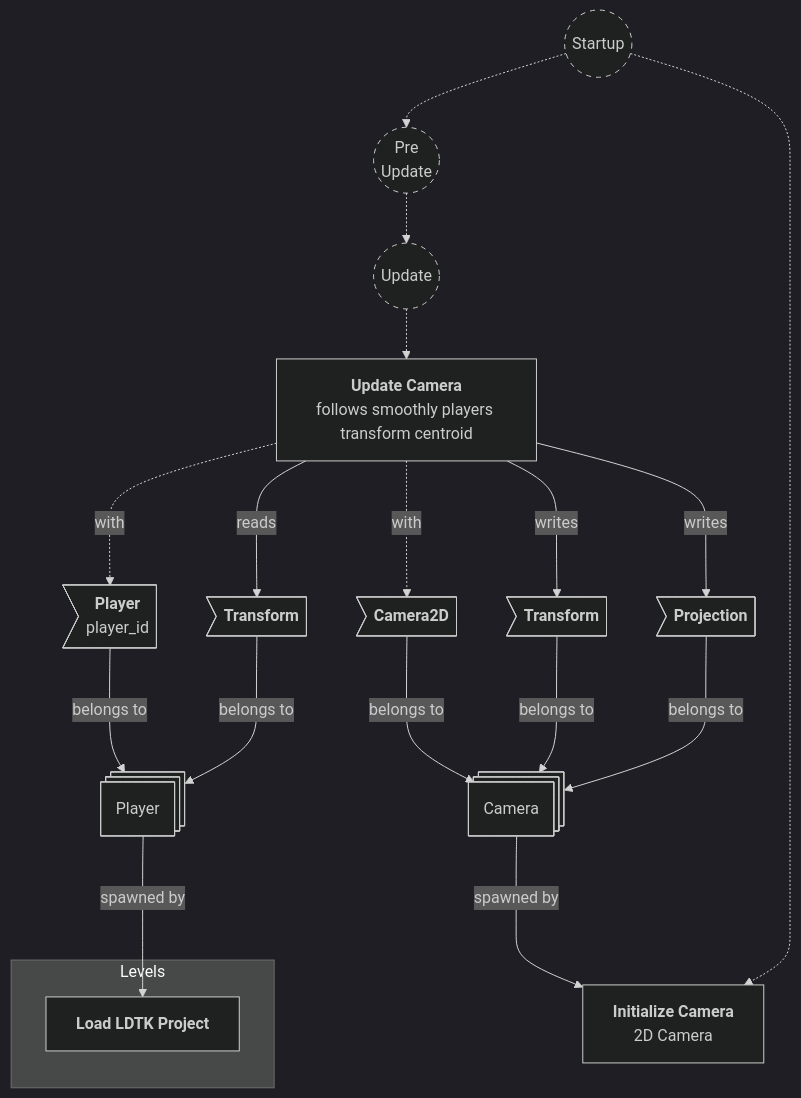
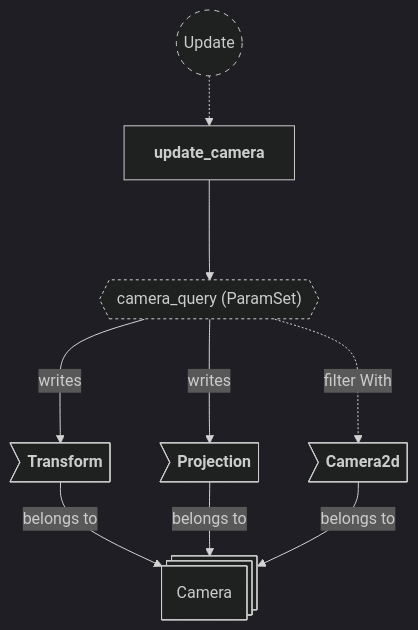
The third of 4 diagrams in backlog/docs/doc-6 - 005-Camera-plugin.md (neurosoup/tyled), drawn with Mermaid before and after one commit. The commit also changed other lines of this file and 7 other files, not shown here.

````diff
--- a/backlog/docs/doc-6 - 005-Camera-plugin.md
+++ b/backlog/docs/doc-6 - 005-Camera-plugin.md
@@ -8,49 +104,28 @@
 ```mermaid
 ---
 config:
   theme: dark
 ---
 
 flowchart TD
+classDef system-group stroke-dasharray: 5 5
+classDef query stroke-dasharray: 3 3
 
-%% dash for system groups
-classDef system-group stroke-dasharray: 5 5
+update(("`Update`")):::system-group
+update_camera["`**update_camera**`"]
 
-%%%%%%%%%%%%%%%%%%%%%%%%%%%%
-%%  Entities & Components %%
-%%%%%%%%%%%%%%%%%%%%%%%%%%%%
-
-%% Player entity
-player_entity@{ shape: st-rect, label: "Player" } 
-pe_player_component>"`**Player**<br>player_id`"] ---> |belongs to| player_entity
-pe_transform_component>"`**Transform**`"] ---> |belongs to| player_entity
-player_entity ---> |spawned by| load_ldtk_project
-
-%% Camera Entity
-camera_entity@{ shape: st-rect, label: "Camera" } 
-ce_camera2d_component>"`**Camera2D**`"] ---> |belongs to| camera_entity
-ce_transform_component>"`**Transform**`"] ---> |belongs to| camera_entity
-ce_projection_component>"`**Projection**`"] ---> |belongs to| camera_entity
-camera_entity ---> |spawned by| initialize_camera 
-
-%%%%%%%%%%%%%%%%%%%%%%%
-%%      Systems      %%
-%%%%%%%%%%%%%%%%%%%%%%%
-
-startup((Startup)):::system-group -.-> preupdate(("`Pre<br>Update`")):::system-group -.-> update(("`Update`")):::system-group
-
-initialize_camera["`**Initialize Camera**<br>2D Camera`"]
-update_camera["`**Update Camera**<br>follows smoothly players transform centroid`"]
-
-startup -.-> initialize_camera
 update -.-> update_camera
 
-update_camera ---> |writes| ce_transform_component & ce_projection_component
-update_camera -..-> |with| ce_camera2d_component
-update_camera ---> |reads| pe_transform_component
-update_camera -..-> |with| pe_player_component
+camera_query{{"`camera_query (ParamSet)`"}}:::query
+update_camera ---> camera_query
 
-subgraph Levels
-    load_ldtk_project["`**Load LDTK Project**`"]
-end
+camera_entity@{ shape: st-rect, label: "Camera" }
+
+ce_transform>"`**Transform**`"] --> |belongs to| camera_entity
+ce_projection>"`**Projection**`"] --> |belongs to| camera_entity
+ce_camera2d>"`**Camera2d**`"] --> |belongs to| camera_entity
+
+camera_query ---> |writes| ce_transform
+camera_query ---> |writes| ce_projection
+camera_query -..-> |filter With| ce_camera2d
 ```
````
